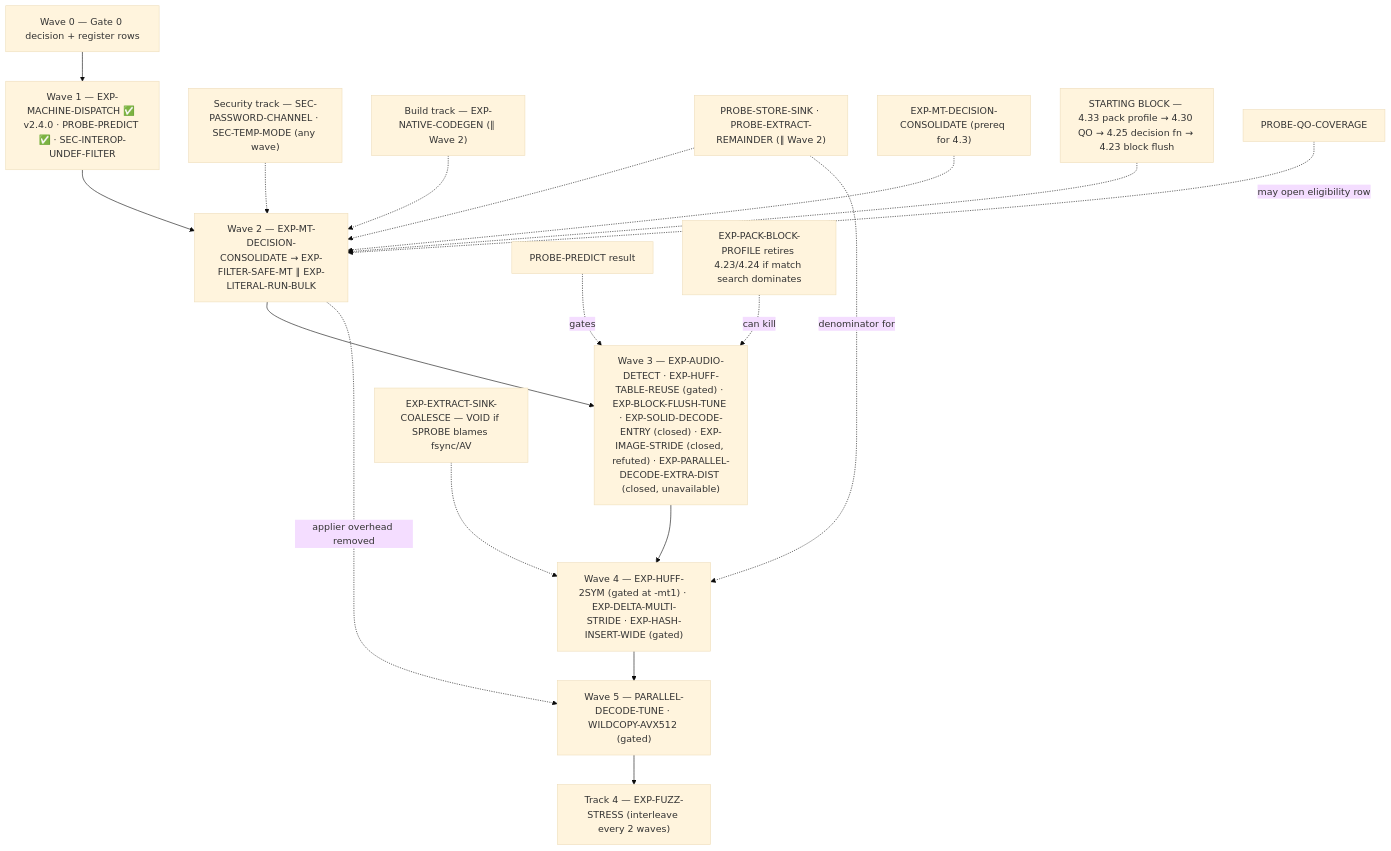
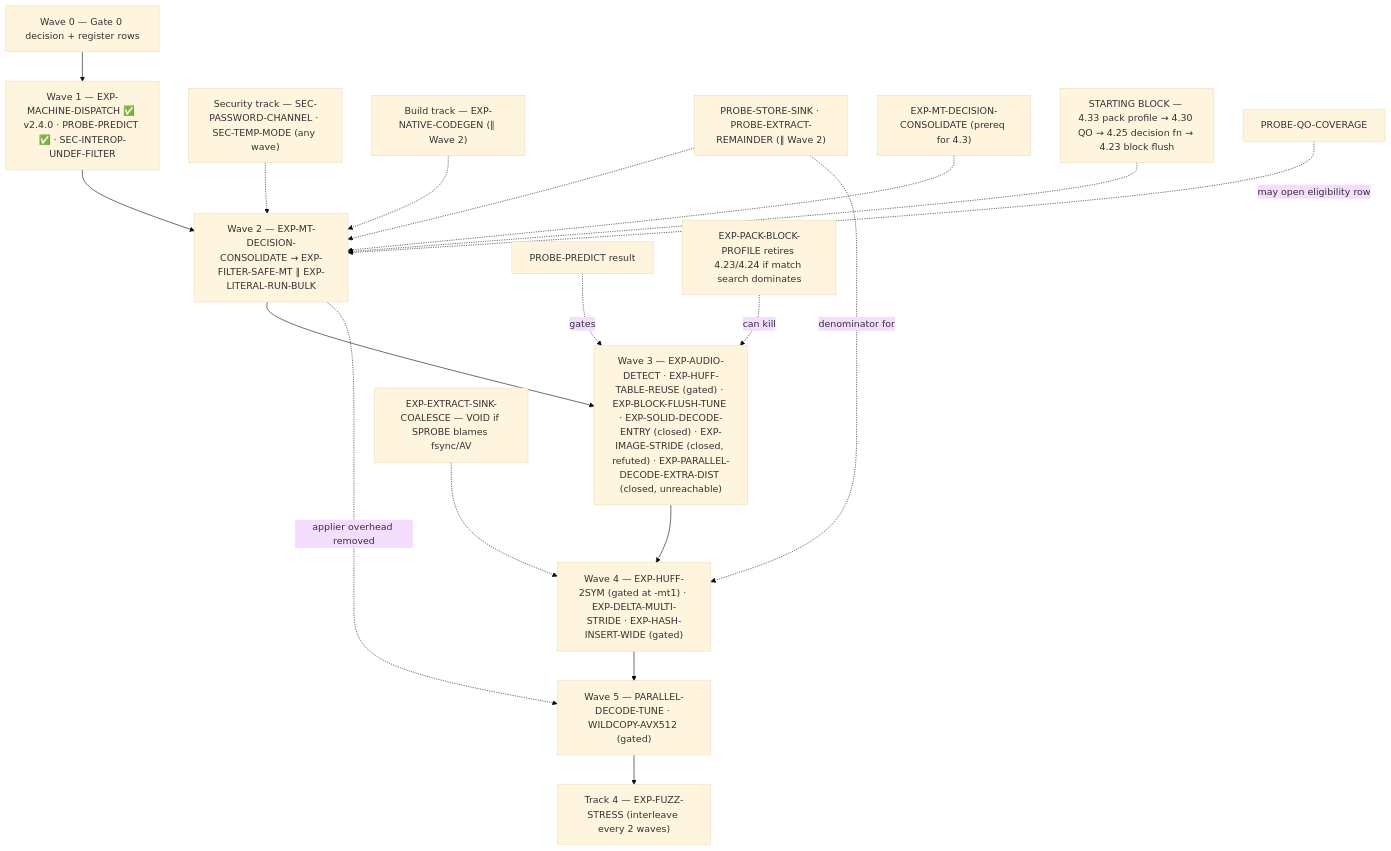
Before and after one commit to geometric-dev/openrar: the diagram in docs/experimentation-roadmap.md, drawn with Mermaid (base theme). The commit also changed other lines of this file and 3 other files, not shown here.

First line of the commit message:
docs(roadmap): close EXP-PARALLEL-DECODE-EXTRA-DIST as structurally unreachable

````diff
--- a/docs/experimentation-roadmap.md
+++ b/docs/experimentation-roadmap.md
@@ -834,21 +851,21 @@
 ```mermaid
 graph TD
     W0["Wave 0 — Gate 0 decision + register rows"] --> W1
     W1["Wave 1 — EXP-MACHINE-DISPATCH ✅ v2.4.0 · PROBE-PREDICT ✅ · SEC-INTEROP-UNDEF-FILTER"] --> W2
     SEC["Security track — SEC-PASSWORD-CHANNEL · SEC-TEMP-MODE (any wave)"] -.-> W2
     BUILD["Build track — EXP-NATIVE-CODEGEN (∥ Wave 2)"] -.-> W2
     SPROBE["PROBE-STORE-SINK · PROBE-EXTRACT-REMAINDER (∥ Wave 2)"] -.-> W2
     CONSOL["EXP-MT-DECISION-CONSOLIDATE (prereq for 4.3)"] -.-> W2
     BLOCK["STARTING BLOCK — 4.33 pack profile → 4.30 QO → 4.25 decision fn → 4.23 block flush"] -.-> W2
     W2["Wave 2 — EXP-MT-DECISION-CONSOLIDATE → EXP-FILTER-SAFE-MT ∥ EXP-LITERAL-RUN-BULK"] --> W3
-    W3["Wave 3 — EXP-AUDIO-DETECT · EXP-HUFF-TABLE-REUSE (gated) · EXP-BLOCK-FLUSH-TUNE · EXP-SOLID-DECODE-ENTRY (closed) · EXP-IMAGE-STRIDE (closed, refuted) · EXP-PARALLEL-DECODE-EXTRA-DIST (closed, unavailable)"] --> W4
+    W3["Wave 3 — EXP-AUDIO-DETECT · EXP-HUFF-TABLE-REUSE (gated) · EXP-BLOCK-FLUSH-TUNE · EXP-SOLID-DECODE-ENTRY (closed) · EXP-IMAGE-STRIDE (closed, refuted) · EXP-PARALLEL-DECODE-EXTRA-DIST (closed, unreachable)"] --> W4
     W4["Wave 4 — EXP-HUFF-2SYM (gated at -mt1) · EXP-DELTA-MULTI-STRIDE · EXP-HASH-INSERT-WIDE (gated)"] --> W5
     W5["Wave 5 — PARALLEL-DECODE-TUNE · WILDCOPY-AVX512 (gated)"] --> W6
     W6["Track 4 — EXP-FUZZ-STRESS (interleave every 2 waves)"]
     PROBE["PROBE-PREDICT result"] -.->|gates| W3
     W2 -.->|applier overhead removed| W5
     SPROBE -.->|denominator for| W4
     COALESCE["EXP-EXTRACT-SINK-COALESCE — VOID if SPROBE blames fsync/AV"] -.-> W4
     PPROF["EXP-PACK-BLOCK-PROFILE retires 4.23/4.24 if match search dominates"] -.->|can kill| W3
     QO["PROBE-QO-COVERAGE"] -.->|may open eligibility row| W2
 ```
````
